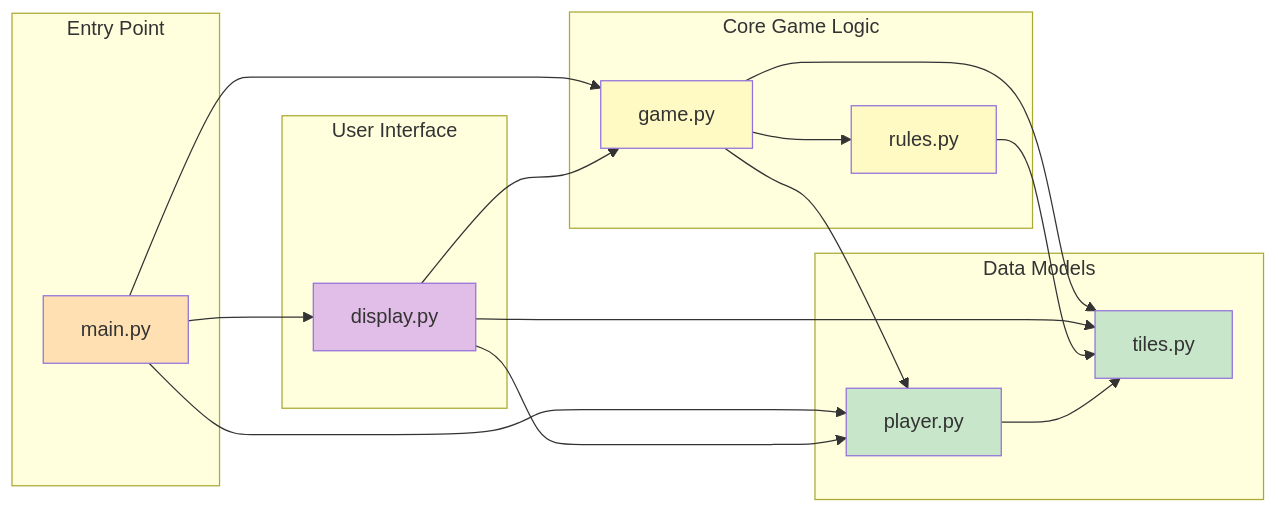
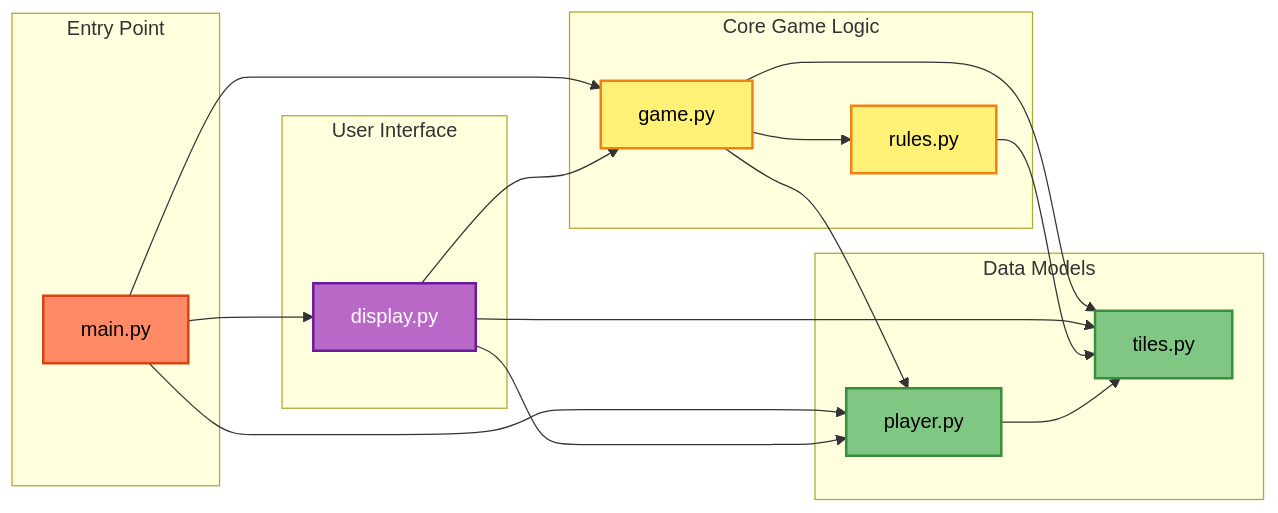
One commit to stevenfazzio/educational-rummikub changed the diagram in docs/understanding-the-code/project-structure.md. Above: the diagram before and after it, drawn with Mermaid. The commit also changed 2 other files, not shown here.

Commit message:
Improve Mermaid diagram colors for better readability
Updated color schemes in three documentation files:
- overview.md: System Architecture diagram
- project-structure.md: File Dependencies diagram
- implementation.md: Validation flowchart

Changes:
- Added darker borders and stroke-width for better definition
- Used more saturated colors with better contrast
- Ensured white text on dark backgrounds, black on light
- Consistent color coding across diagrams (green for data, blue for UI, etc.)

````diff
--- a/docs/understanding-the-code/project-structure.md
+++ b/docs/understanding-the-code/project-structure.md
@@ -271,43 +271,43 @@
 ```mermaid
 graph LR
     subgraph "Entry Point"
         main[main.py]
     end
     
     subgraph "Core Game Logic"
         game[game.py]
         rules[rules.py]
     end
     
     subgraph "Data Models"
         player[player.py]
         tiles[tiles.py]
     end
     
     subgraph "User Interface"
         display[display.py]
     end
     
     main --> game
     main --> player
     main --> display
     
     game --> tiles
     game --> rules
     game --> player
     
     display --> tiles
     display --> game
     display --> player
     
     rules --> tiles
     
     player --> tiles
     
-    style main fill:#ffe0b2
-    style game fill:#fff9c4
-    style rules fill:#fff9c4
-    style player fill:#c8e6c9
-    style tiles fill:#c8e6c9
-    style display fill:#e1bee7
+    style main fill:#FF8A65,stroke:#D84315,stroke-width:2px,color:#000
+    style game fill:#FFF176,stroke:#F57F17,stroke-width:2px,color:#000
+    style rules fill:#FFF176,stroke:#F57F17,stroke-width:2px,color:#000
+    style player fill:#81C784,stroke:#388E3C,stroke-width:2px,color:#000
+    style tiles fill:#81C784,stroke:#388E3C,stroke-width:2px,color:#000
+    style display fill:#BA68C8,stroke:#6A1B9A,stroke-width:2px,color:#fff
 ```
````
